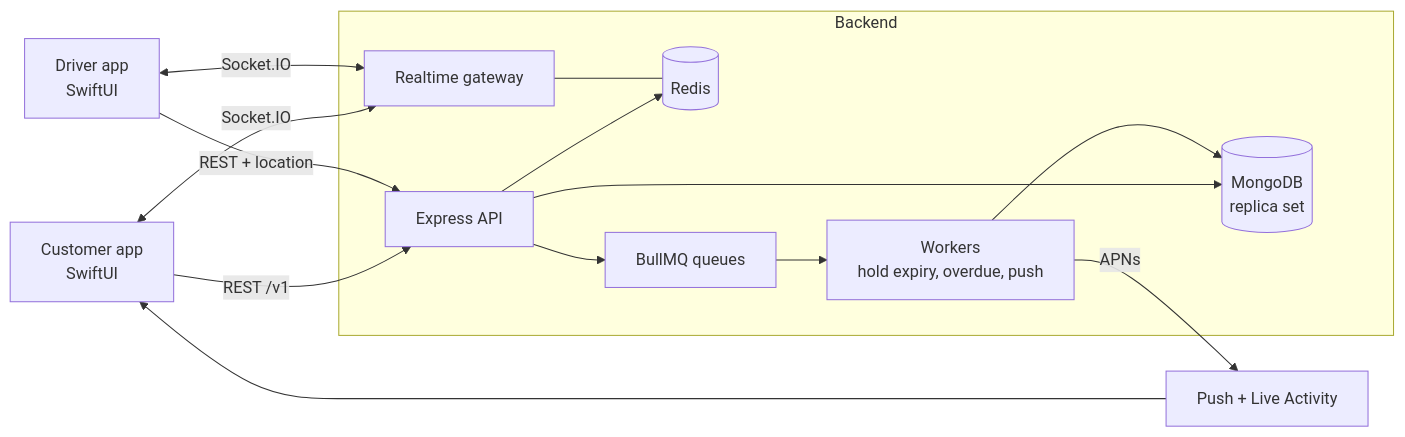
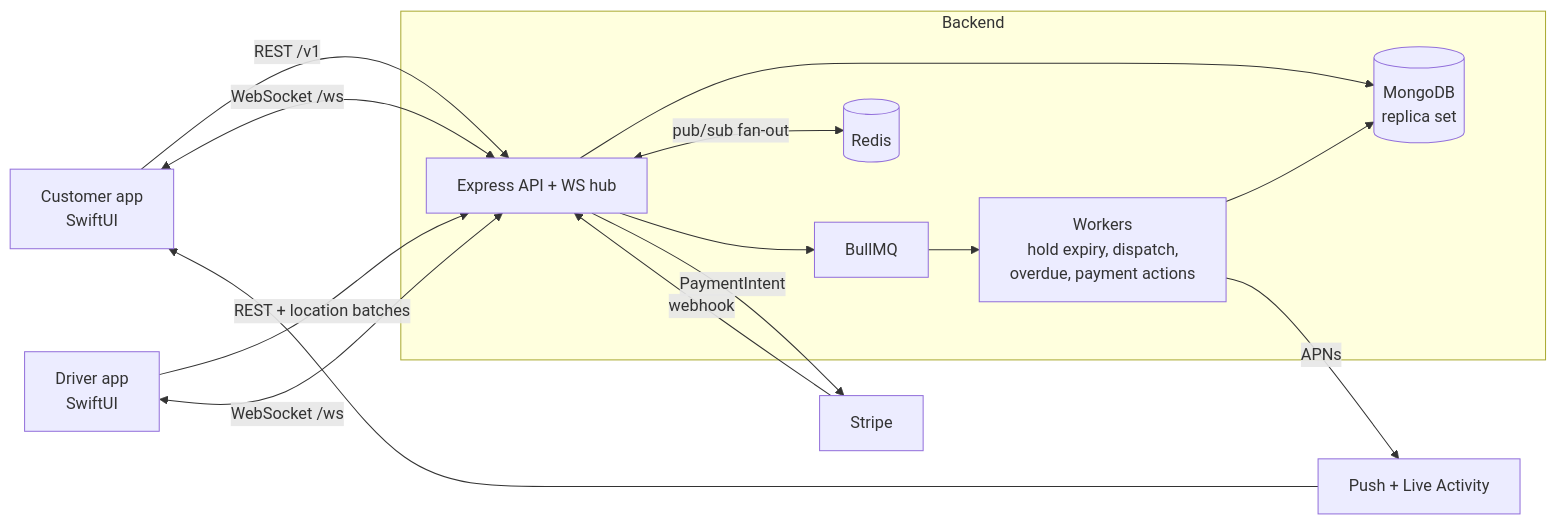
The diagram in docs/architecture.md (dramish/Rental_App_iOS_MERN), drawn with Mermaid before and after one commit. The commit also changed other lines of this file and 111 other files, not shown here.

Commit message:
Add reservations, order lifecycle, payments, dispatch, tracking, realtime and iOS apps

````diff
--- a/docs/architecture.md
+++ b/docs/architecture.md
@@ -3,17 +3,18 @@
 ```mermaid
 flowchart LR
   C[Customer app<br/>SwiftUI] -->|REST /v1| API
-  D[Driver app<br/>SwiftUI] -->|REST + location| API
-  C <-->|Socket.IO| RT[Realtime gateway]
-  D <-->|Socket.IO| RT
+  D[Driver app<br/>SwiftUI] -->|REST + location batches| API
+  C <-->|WebSocket /ws| API
+  D <-->|WebSocket /ws| API
   subgraph Backend
-    API[Express API] --> M[(MongoDB<br/>replica set)]
-    API --> R[(Redis)]
-    RT --- R
-    API --> Q[BullMQ queues]
-    Q --> W[Workers<br/>hold expiry, overdue, push]
+    API[Express API + WS hub] --> M[(MongoDB<br/>replica set)]
+    API <-->|pub/sub fan-out| R[(Redis)]
+    API --> Q[BullMQ]
+    Q --> W[Workers<br/>hold expiry, dispatch,<br/>overdue, payment actions]
     W --> M
   end
+  API -->|PaymentIntent| S[Stripe]
+  S -->|webhook| API
   W -->|APNs| P[Push + Live Activity]
   P --> C
 ```
````
